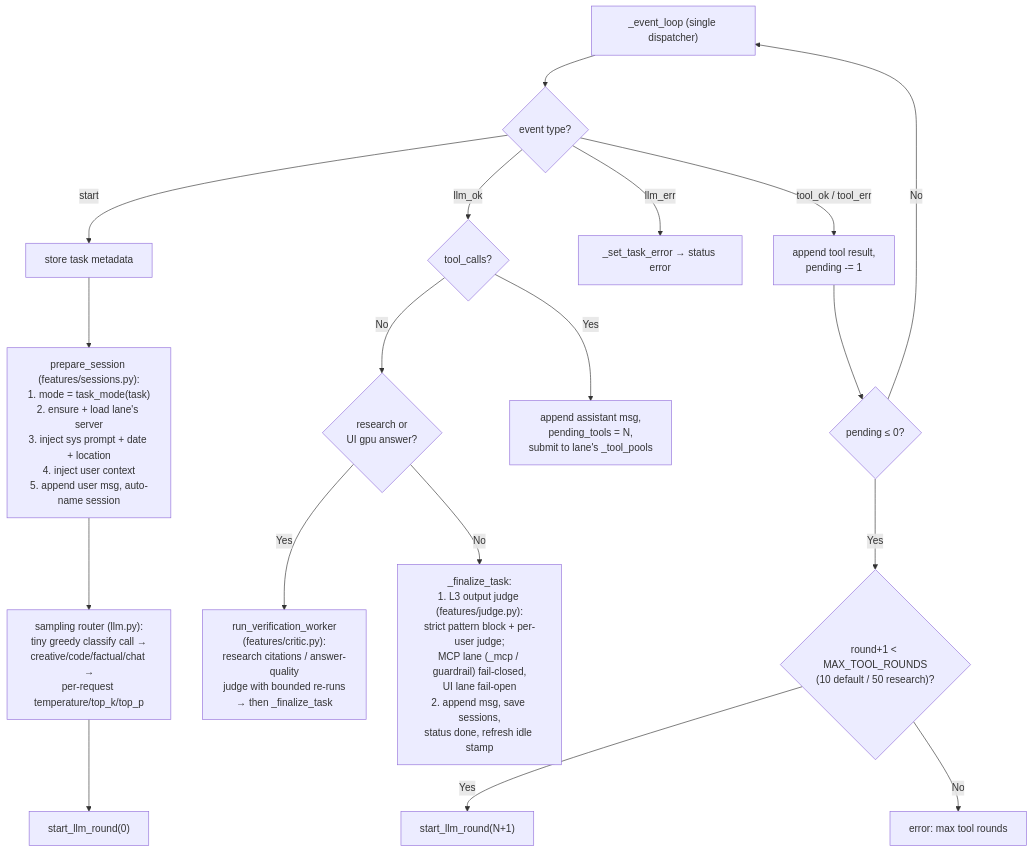
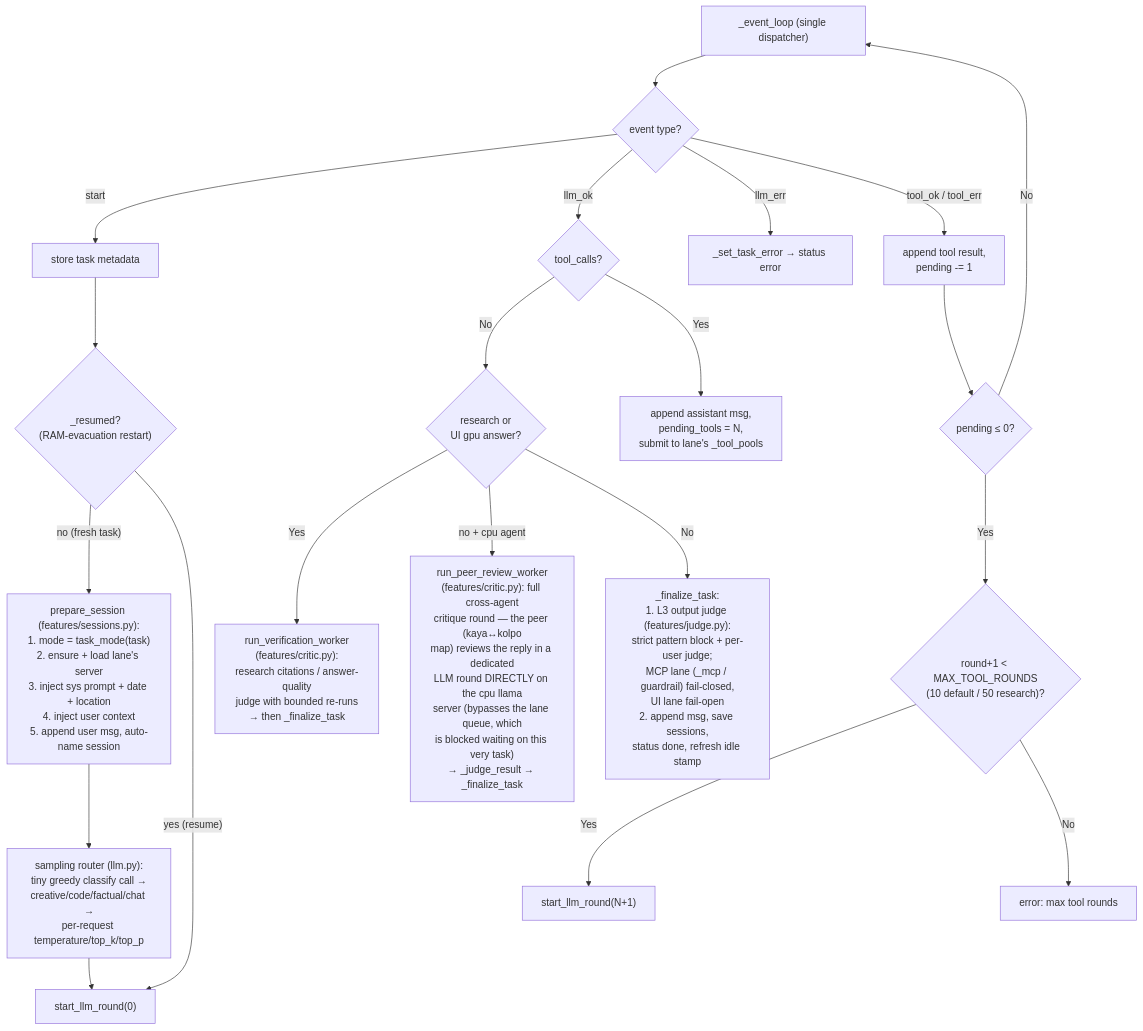
One commit to Palash90/local-ai changed the ninth of 13 diagrams in ARCHITECTURE.md. Above: the diagram before and after it, drawn with Mermaid. The commit also changed other lines of this file and 16 other files, not shown here.

````diff
--- a/ARCHITECTURE.md
+++ b/ARCHITECTURE.md
@@ -322,20 +331,23 @@
 ```mermaid
 graph TD
     E1["_event_loop (single dispatcher)"] --> EvDispatch{"event type?"}
-    EvDispatch -- "start" --> EvStart["store task metadata"] --> Prep["prepare_session (features/sessions.py):\n1. mode = task_mode(task)\n2. ensure + load lane's server\n3. inject sys prompt + date + location\n4. inject user context\n5. append user msg, auto-name session"] --> Router["sampling router (llm.py):\ntiny greedy classify call →\ncreative/code/factual/chat →\nper-request temperature/top_k/top_p"]
+    EvDispatch -- "start" --> EvStart["store task metadata"] --> Resumed{"_resumed?\n(RAM-evacuation restart)"}
+    Resumed -- "no (fresh task)" --> Prep["prepare_session (features/sessions.py):\n1. mode = task_mode(task)\n2. ensure + load lane's server\n3. inject sys prompt + date + location\n4. inject user context\n5. append user msg, auto-name session"] --> Router["sampling router (llm.py):\ntiny greedy classify call →\ncreative/code/factual/chat →\nper-request temperature/top_k/top_p"]
     Router --> Round0["start_llm_round(0)"]
+    Resumed -- "yes (resume)" --> Round0
 
     EvDispatch -- "llm_ok" --> LLMOK{"tool_calls?"}
     LLMOK -- No --> VGate{"research or\nUI gpu answer?"}
     VGate -- Yes --> Critic2["run_verification_worker\n(features/critic.py):\nresearch citations / answer-quality\njudge with bounded re-runs\n→ then _finalize_task"]
+    VGate -- "no + cpu agent" --> Peer["run_peer_review_worker\n(features/critic.py): full cross-agent\ncritique round — the peer (kaya↔kolpo\nmap) reviews the reply in a dedicated\nLLM round DIRECTLY on the cpu llama\nserver (bypasses the lane queue, which\nis blocked waiting on this very task)\n→ _judge_result → _finalize_task"]
     VGate -- No --> Final["_finalize_task:\n1. L3 output judge (features/judge.py):\nstrict pattern block + per-user judge;\nMCP lane (_mcp / guardrail) fail-closed,\nUI lane fail-open\n2. append msg, save sessions,\nstatus done, refresh idle stamp"]
     LLMOK -- Yes --> SubmitTools["append assistant msg,\npending_tools = N,\nsubmit to lane's _tool_pools"]
 
     EvDispatch -- "llm_err" --> LLMErr["_set_task_error → status error"]
     EvDispatch -- "tool_ok / tool_err" --> ToolOK["append tool result,\npending -= 1"]
     ToolOK --> AllDone{"pending ≤ 0?"}
     AllDone -- No --> E1
     AllDone -- Yes --> RoundCap{"round+1 < MAX_TOOL_ROUNDS\n(10 default / 50 research)?"}
     RoundCap -- Yes --> NextRound["start_llm_round(N+1)"]
     RoundCap -- No --> MaxErr["error: max tool rounds"]
 ```
````
